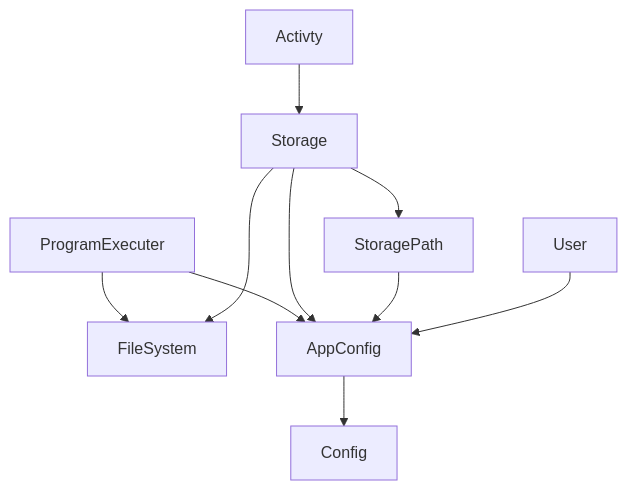
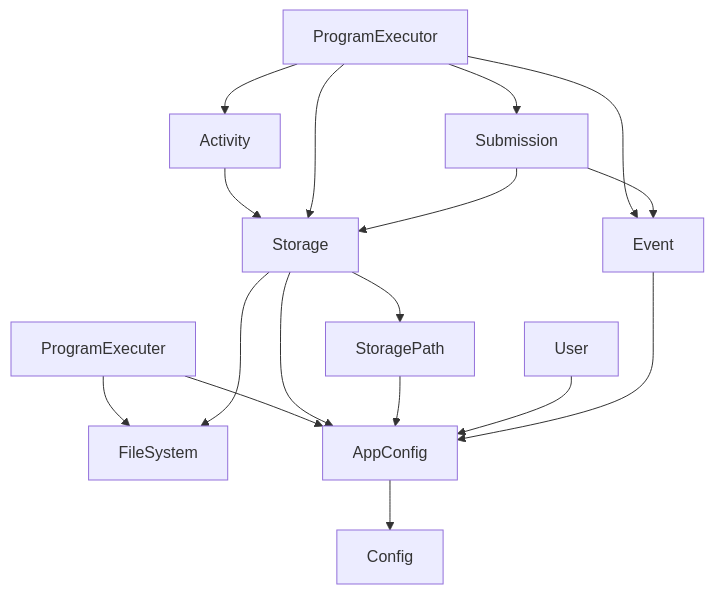
One commit to luetek/starter-web-app changed the diagram in apps/nest-app/ARCH.md. Above: the diagram before and after it, drawn with Mermaid. The commit also changed other lines of this file and 43 other files, not shown here.

Commit message:
submission processing - programming activity api changes (#11)

````diff
--- a/apps/nest-app/ARCH.md
+++ b/apps/nest-app/ARCH.md
@@ -9,12 +9,19 @@
 ```mermaid
   graph TD;
   ProgramExecuter --> FileSystem
   ProgramExecuter --> AppConfig
-  Activty --> Storage
+  Activity --> Storage
   Storage --> FileSystem
   Storage --> StoragePath;
   Storage --> AppConfig;
   StoragePath --> AppConfig;
   User--> AppConfig;
+  ProgramExecutor --> Event;
+  ProgramExecutor --> Activity;
+  ProgramExecutor --> Submission;
+  ProgramExecutor --> Storage;
+  Submission --> Event;
+  Submission --> Storage;
+  Event --> AppConfig;
   AppConfig --> Config
 ```
````
